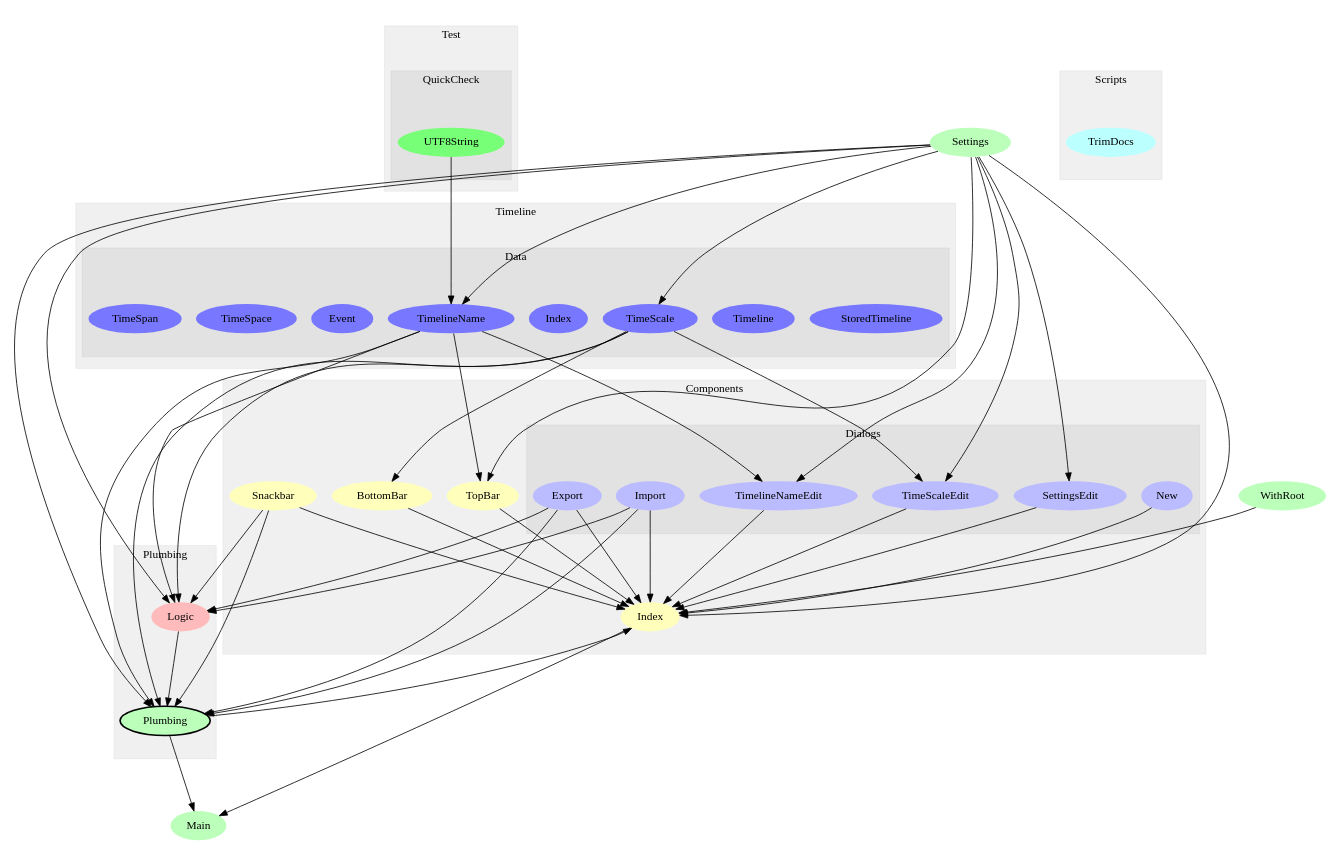
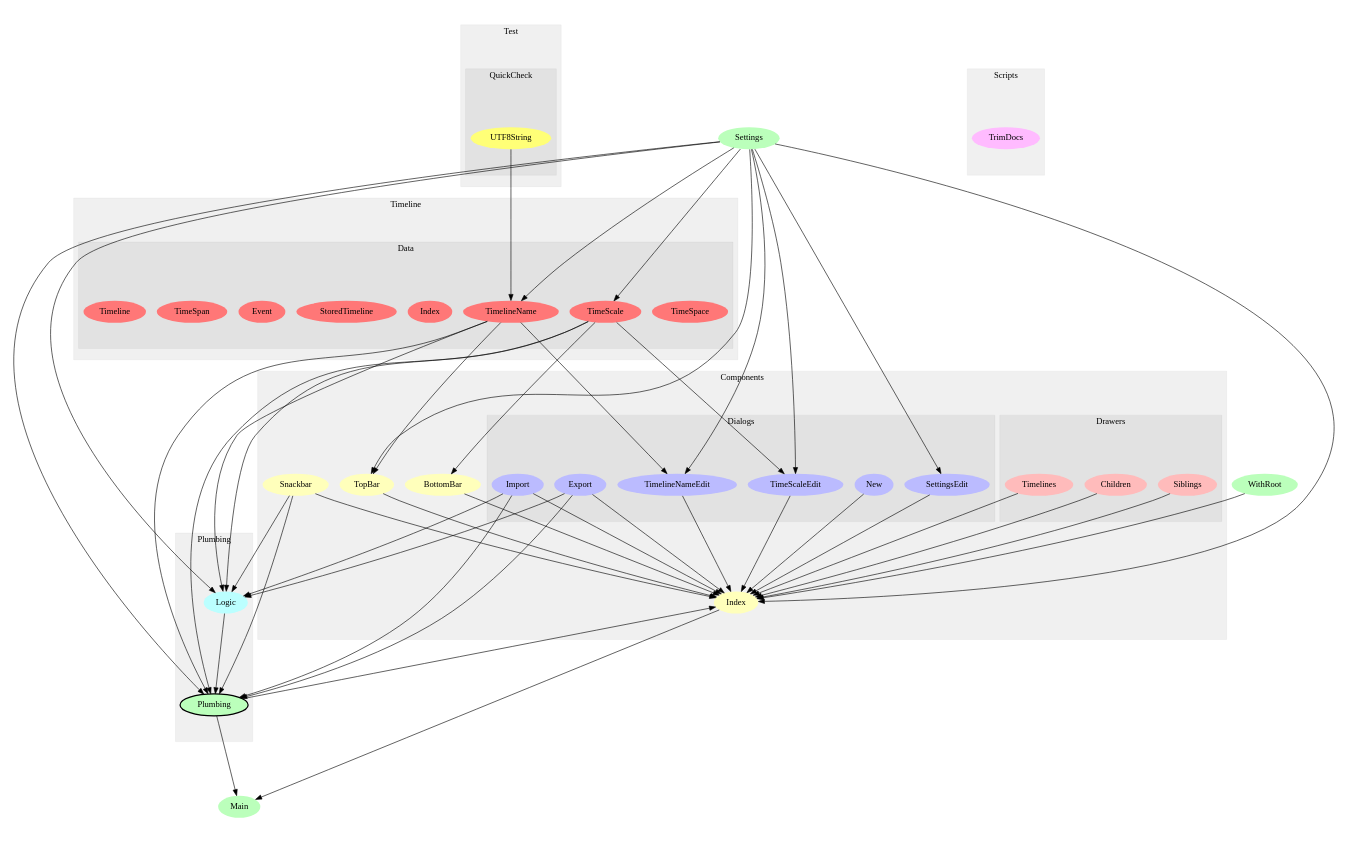
Before and after one commit to openchronology/openchronology.github.io: the diagram in graphs/modules.dot, drawn with Graphviz. The commit also changed 43 other files, not shown here.

```diff
--- a/graphs/modules.dot
+++ b/graphs/modules.dot
@@ -1,116 +1,128 @@
 digraph Modules {
 size="12,8";
 ratio="fill";
-u11[label="Settings",style="filled",fillcolor="#bbffbb",penwidth="0"];
-u12[label="Main",style="filled",fillcolor="#bbffbb",penwidth="0"];
-u13[label="WithRoot",style="filled",fillcolor="#bbffbb",penwidth="0"];
+u13[label="Settings",style="filled",fillcolor="#bbffbb",penwidth="0"];
+u16[label="Main",style="filled",fillcolor="#bbffbb",penwidth="0"];
+u26[label="WithRoot",style="filled",fillcolor="#bbffbb",penwidth="0"];
 subgraph cluster_0 {
 label="Components";
 color="#0000000F";
 style="filled";
-u6[label="Index",style="filled",fillcolor="#ffffbb",penwidth="0"];
-u7[label="Snackbar",style="filled",fillcolor="#ffffbb",penwidth="0"];
-u8[label="TopBar",style="filled",fillcolor="#ffffbb",penwidth="0"];
-u9[label="BottomBar",style="filled",fillcolor="#ffffbb",penwidth="0"];
+u0[label="BottomBar",style="filled",fillcolor="#ffffbb",penwidth="0"];
+u7[label="TopBar",style="filled",fillcolor="#ffffbb",penwidth="0"];
+u8[label="Index",style="filled",fillcolor="#ffffbb",penwidth="0"];
+u9[label="Snackbar",style="filled",fillcolor="#ffffbb",penwidth="0"];
 subgraph cluster_1 {
 label="Dialogs";
 color="#0000000F";
 style="filled";
-u0[label="SettingsEdit",style="filled",fillcolor="#bbbbff",penwidth="0"];
-u1[label="New",style="filled",fillcolor="#bbbbff",penwidth="0"];
-u2[label="TimeScaleEdit",style="filled",fillcolor="#bbbbff",penwidth="0"];
-u3[label="Export",style="filled",fillcolor="#bbbbff",penwidth="0"];
-u4[label="TimelineNameEdit",style="filled",fillcolor="#bbbbff",penwidth="0"];
-u5[label="Import",style="filled",fillcolor="#bbbbff",penwidth="0"];
+u1[label="Import",style="filled",fillcolor="#bbbbff",penwidth="0"];
+u2[label="SettingsEdit",style="filled",fillcolor="#bbbbff",penwidth="0"];
+u3[label="TimelineNameEdit",style="filled",fillcolor="#bbbbff",penwidth="0"];
+u4[label="TimeScaleEdit",style="filled",fillcolor="#bbbbff",penwidth="0"];
+u5[label="Export",style="filled",fillcolor="#bbbbff",penwidth="0"];
+u6[label="New",style="filled",fillcolor="#bbbbff",penwidth="0"];
+
+}
+subgraph cluster_2 {
+label="Drawers";
+color="#0000000F";
+style="filled";
+u10[label="Siblings",style="filled",fillcolor="#ffbbbb",penwidth="0"];
+u11[label="Children",style="filled",fillcolor="#ffbbbb",penwidth="0"];
+u12[label="Timelines",style="filled",fillcolor="#ffbbbb",penwidth="0"];
 
 }
 
 }
-subgraph cluster_2 {
+subgraph cluster_3 {
 label="Plumbing";
 color="#0000000F";
 style="filled";
-u10[label="Plumbing",style="filled,bold",fillcolor="#bbffbb"];
-u14[label="Logic",style="filled",fillcolor="#ffbbbb",penwidth="0"];
+u14[label="Plumbing",style="filled,bold",fillcolor="#bbffbb"];
+u25[label="Logic",style="filled",fillcolor="#bbffff",penwidth="0"];
 
 }
-subgraph cluster_3 {
+subgraph cluster_4 {
 label="Scripts";
 color="#0000000F";
 style="filled";
-u15[label="TrimDocs",style="filled",fillcolor="#bbffff",penwidth="0"];
+u27[label="TrimDocs",style="filled",fillcolor="#ffbbff",penwidth="0"];
 
 }
-subgraph cluster_4 {
+subgraph cluster_5 {
 label="Test";
 color="#0000000F";
 style="filled";
-subgraph cluster_5 {
+subgraph cluster_6 {
 label="QuickCheck";
 color="#0000000F";
 style="filled";
-u16[label="UTF8String",style="filled",fillcolor="#77ff77",penwidth="0"];
+u15[label="UTF8String",style="filled",fillcolor="#ffff77",penwidth="0"];
 
 }
 
 }
-subgraph cluster_6 {
+subgraph cluster_7 {
 label="Timeline";
 color="#0000000F";
 style="filled";
-subgraph cluster_7 {
+subgraph cluster_8 {
 label="Data";
 color="#0000000F";
 style="filled";
-u17[label="StoredTimeline",style="filled",fillcolor="#7777ff",penwidth="0"];
-u18[label="Timeline",style="filled",fillcolor="#7777ff",penwidth="0"];
-u19[label="TimelineName",style="filled",fillcolor="#7777ff",penwidth="0"];
-u20[label="Index",style="filled",fillcolor="#7777ff",penwidth="0"];
-u21[label="TimeScale",style="filled",fillcolor="#7777ff",penwidth="0"];
-u22[label="Event",style="filled",fillcolor="#7777ff",penwidth="0"];
-u23[label="TimeSpace",style="filled",fillcolor="#7777ff",penwidth="0"];
-u24[label="TimeSpan",style="filled",fillcolor="#7777ff",penwidth="0"];
+u17[label="TimeSpace",style="filled",fillcolor="#ff7777",penwidth="0"];
+u18[label="TimeScale",style="filled",fillcolor="#ff7777",penwidth="0"];
+u19[label="TimelineName",style="filled",fillcolor="#ff7777",penwidth="0"];
+u20[label="Index",style="filled",fillcolor="#ff7777",penwidth="0"];
+u21[label="StoredTimeline",style="filled",fillcolor="#ff7777",penwidth="0"];
+u22[label="Event",style="filled",fillcolor="#ff7777",penwidth="0"];
+u23[label="TimeSpan",style="filled",fillcolor="#ff7777",penwidth="0"];
+u24[label="Timeline",style="filled",fillcolor="#ff7777",penwidth="0"];
 
 }
 
 }
-u11 -> u0;
-u11 -> u2;
-u21 -> u2;
-u11 -> u4;
-u19 -> u4;
-u0 -> u6;
-u1 -> u6;
-u2 -> u6;
-u3 -> u6;
-u4 -> u6;
-u5 -> u6;
-u7 -> u6;
-u8 -> u6;
-u9 -> u6;
-u10 -> u6;
-u11 -> u6;
-u13 -> u6;
+u18 -> u0;
+u13 -> u2;
+u13 -> u3;
+u19 -> u3;
+u13 -> u4;
+u18 -> u4;
+u13 -> u7;
+u19 -> u7;
+u0 -> u8;
+u1 -> u8;
+u2 -> u8;
+u3 -> u8;
+u4 -> u8;
+u5 -> u8;
+u6 -> u8;
+u7 -> u8;
+u9 -> u8;
+u10 -> u8;
 u11 -> u8;
-u19 -> u8;
-u21 -> u9;
-u3 -> u10;
-u5 -> u10;
-u7 -> u10;
-u11 -> u10;
-u14 -> u10;
-u19 -> u10;
-u21 -> u10;
-u6 -> u12;
-u10 -> u12;
-u3 -> u14;
+u12 -> u8;
+u13 -> u8;
+u14 -> u8;
+u26 -> u8;
+u1 -> u14;
 u5 -> u14;
-u7 -> u14;
-u11 -> u14;
+u9 -> u14;
+u13 -> u14;
+u18 -> u14;
 u19 -> u14;
-u21 -> u14;
-u11 -> u19;
-u16 -> u19;
-u11 -> u21;
+u25 -> u14;
+u8 -> u16;
+u14 -> u16;
+u13 -> u18;
+u13 -> u19;
+u15 -> u19;
+u1 -> u25;
+u5 -> u25;
+u9 -> u25;
+u13 -> u25;
+u18 -> u25;
+u19 -> u25;
 
 }
```
